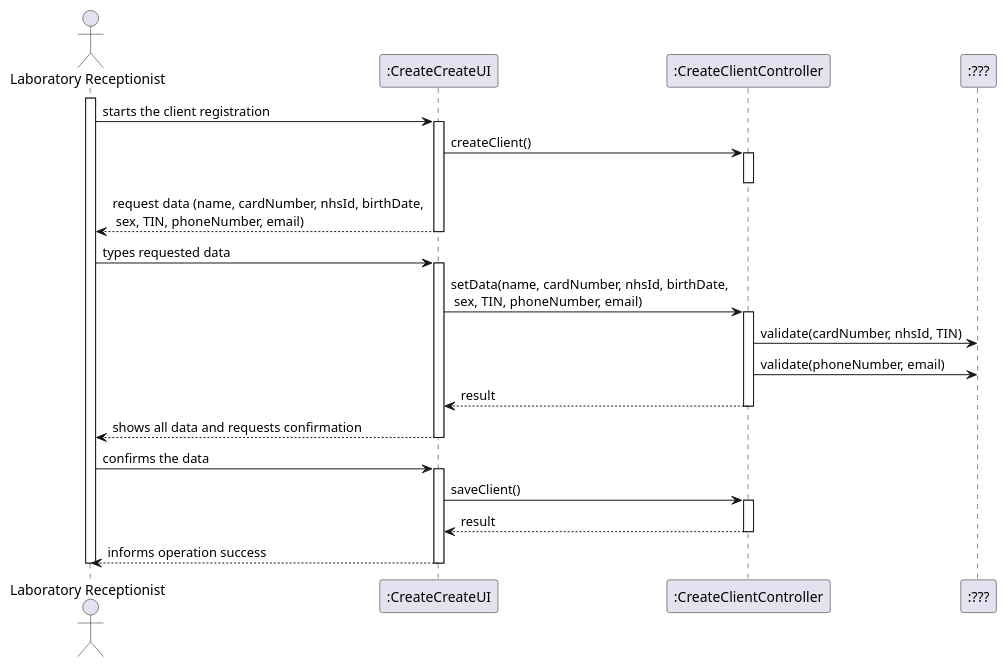
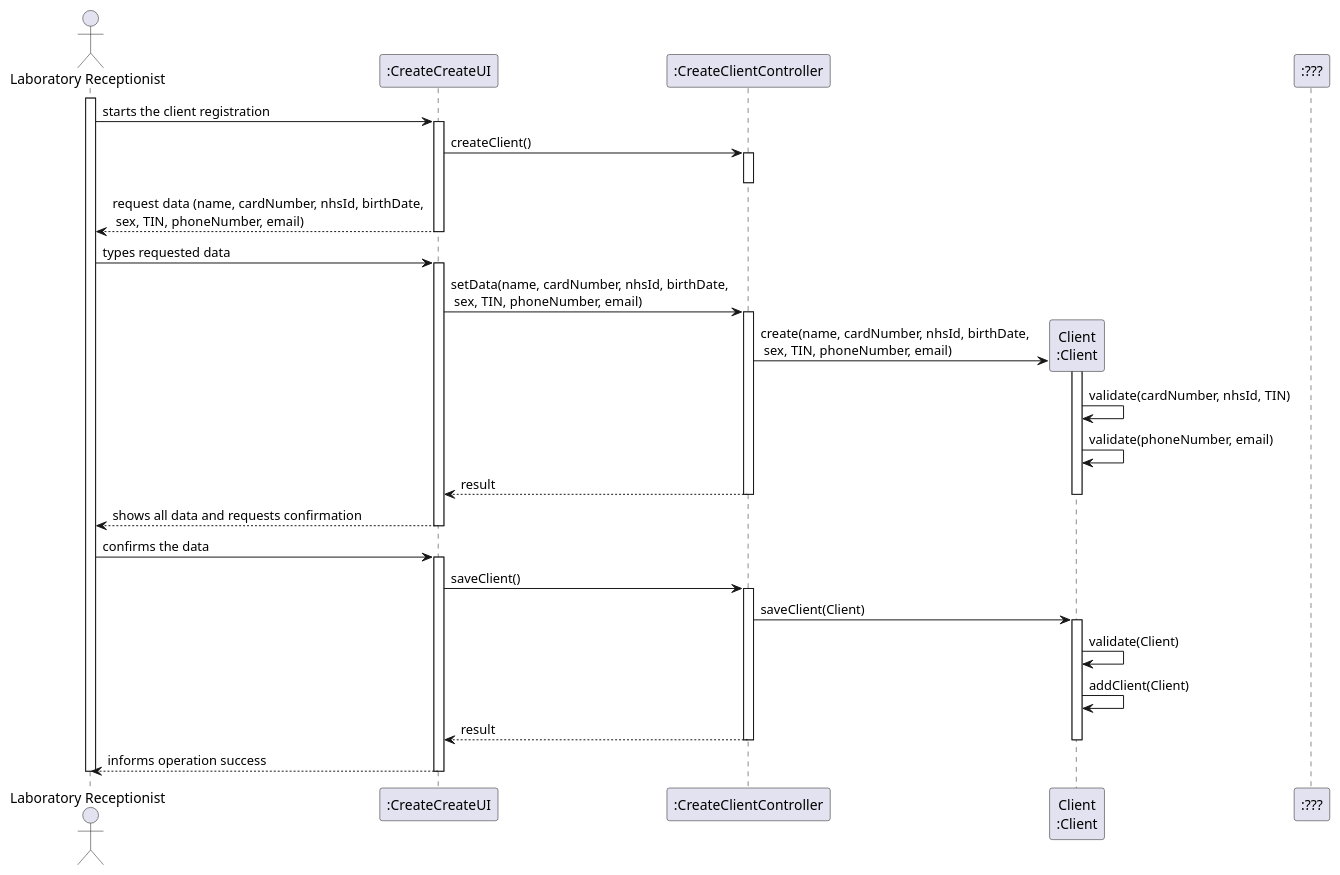
The diagram in docs/SprintB/US3/US3_SD.puml (MadDinosaur/ISEP-LAPR2), drawn with PlantUML before and after one commit.

Commit message:
US3 - SD Updates

```diff
--- a/docs/SprintB/US3/US3_SD.puml
+++ b/docs/SprintB/US3/US3_SD.puml
@@ -1,35 +1,44 @@
 @startuml
 actor "Laboratory Receptionist" as LR
 participant ":CreateCreateUI" as ui
 participant ":CreateClientController" as controller
+participant "Client\n:Client" as clt
 participant ":???" as new
 
 activate LR
 LR -> ui : starts the client registration
 activate ui
 ui -> controller : createClient()
 activate controller
 deactivate controller
 ui --> LR : request data (name, cardNumber, nhsId, birthDate, \n sex, TIN, phoneNumber, email)
 deactivate ui
 LR -> ui : types requested data
 activate ui
 ui -> controller : setData(name, cardNumber, nhsId, birthDate, \n sex, TIN, phoneNumber, email)
 activate controller
-controller -> new : validate(cardNumber, nhsId, TIN)
-controller -> new : validate(phoneNumber, email)
+controller -> clt** : create(name, cardNumber, nhsId, birthDate, \n sex, TIN, phoneNumber, email)
+activate clt
+clt -> clt : validate(cardNumber, nhsId, TIN)
+clt -> clt : validate(phoneNumber, email)
 controller --> ui : result
+deactivate clt
 deactivate controller
 ui --> LR : shows all data and requests confirmation
 deactivate ui
 LR -> ui : confirms the data
 activate ui
 ui -> controller : saveClient()
 activate controller
+controller -> clt : saveClient(Client)
+activate clt
+clt -> clt : validate(Client)
+clt -> clt : addClient(Client)
 controller --> ui : result
+deactivate clt
 deactivate controller
 ui --> LR : informs operation success
 deactivate ui
 deactivate LR
 
 @enduml
```
